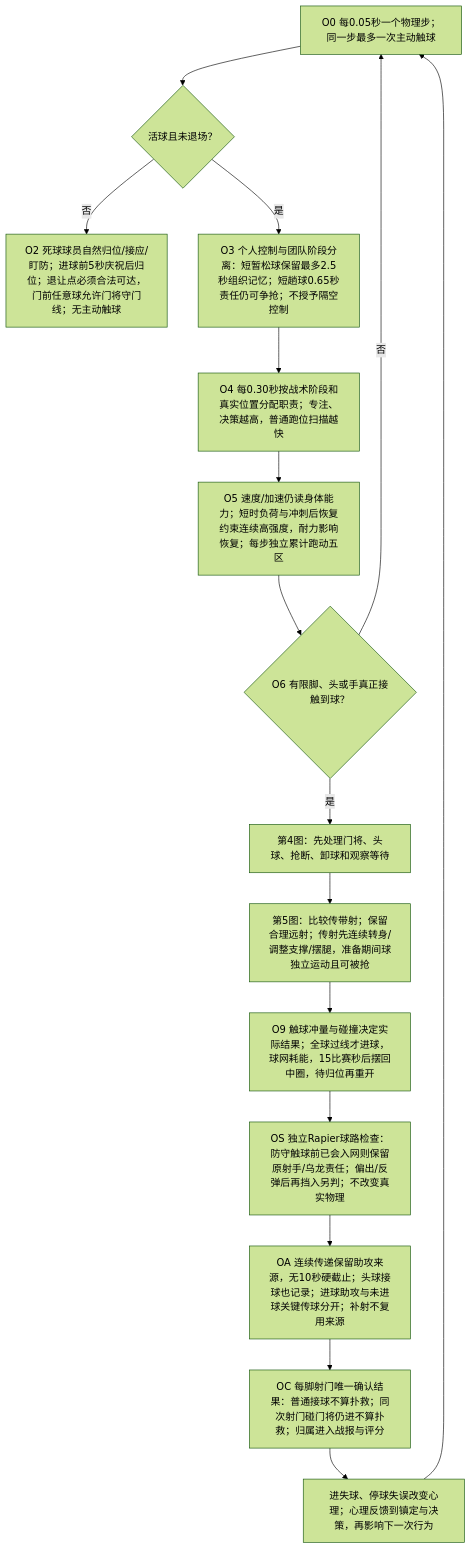
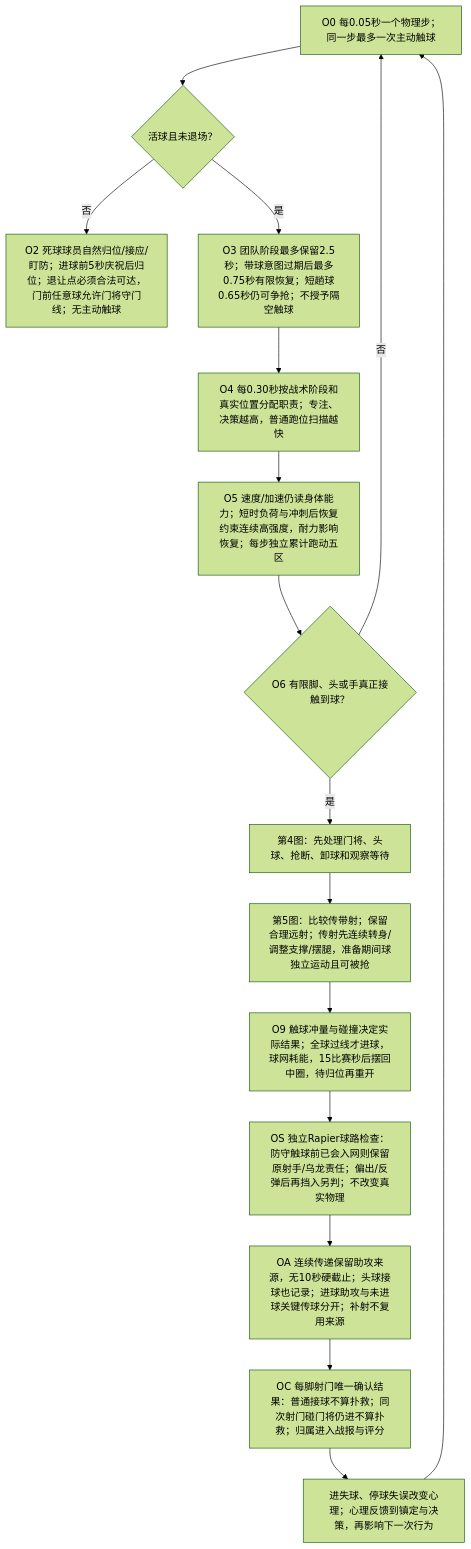
The first of 7 diagrams in packages/shared/modules/matches/design/PLAYER_DECISION_MAP.md (sixu3575/touchline-manager), drawn with Mermaid (forest theme) before and after one commit. The commit also changed other lines of this file and 28 other files, not shown here.

````diff
--- a/packages/shared/modules/matches/design/PLAYER_DECISION_MAP.md
+++ b/packages/shared/modules/matches/design/PLAYER_DECISION_MAP.md
@@ -29,18 +29,18 @@
 ```mermaid
 flowchart TD
   O0["O0 每0.05秒一个物理步；同一步最多一次主动触球"] --> O1{"活球且未退场？"}
   O1 -->|否| O2["O2 死球球员自然归位/接应/盯防；进球前5秒庆祝后归位；退让点必须合法可达，门前任意球允许门将守门线；无主动触球"]
-  O1 -->|是| O3["O3 个人控制与团队阶段分离：短暂松球保留最多2.5秒组织记忆；短趟球0.65秒责任仍可争抢；不授予隔空控制"]
+  O1 -->|是| O3["O3 团队阶段最多保留2.5秒；带球意图过期后最多0.75秒有限恢复；短趟球0.65秒仍可争抢；不授予隔空触球"]
   O3 --> O4["O4 每0.30秒按战术阶段和真实位置分配职责；专注、决策越高，普通跑位扫描越快"]
   O4 --> O5["O5 速度/加速仍读身体能力；短时负荷与冲刺后恢复约束连续高强度，耐力影响恢复；每步独立累计跑动五区"]
   O5 --> O6{"O6 有限脚、头或手真正接触到球？"}
   O6 -->|否| O0
   O6 -->|是| O7["第4图：先处理门将、头球、抢断、卸球和观察等待"]
   O7 --> O8["第5图：比较传带射；保留合理远射；传射先连续转身/调整支撑/摆腿，准备期间球独立运动且可被抢"]
   O8 --> O9["O9 触球冲量与碰撞决定实际结果；全球过线才进球，球网耗能，15比赛秒后摆回中圈，待归位再重开"]
   O9 --> OS["OS 独立Rapier球路检查：防守触球前已会入网则保留原射手/乌龙责任；偏出/反弹后再挡入另判；不改变真实物理"]
   OS --> OA["OA 连续传递保留助攻来源，无10秒硬截止；头球接球也记录；进球助攻与未进球关键传球分开；补射不复用来源"]
   OA --> OC["OC 每脚射门唯一确认结果：普通接球不算扑救；同次射门碰门将仍进不算扑救；归属进入战报与评分"]
   OC --> O10["进失球、停球失误改变心理；心理反馈到镇定与决策，再影响下一次行为"]
   O10 --> O0
 ```
````
